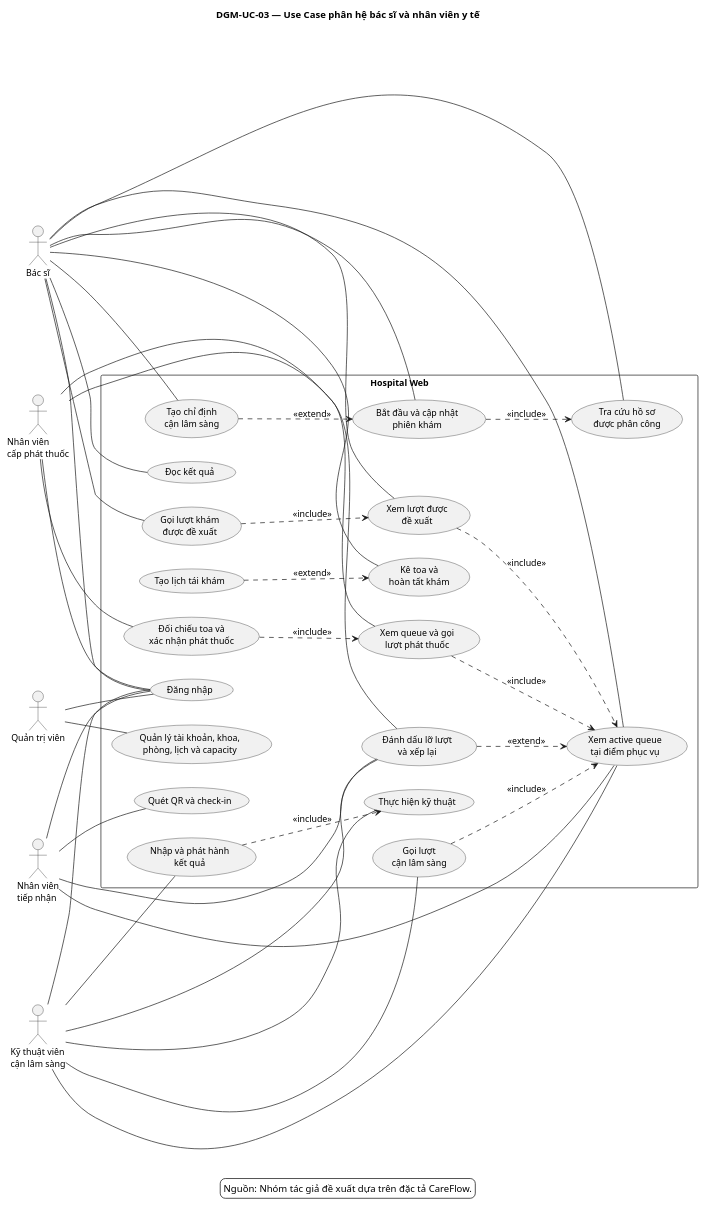
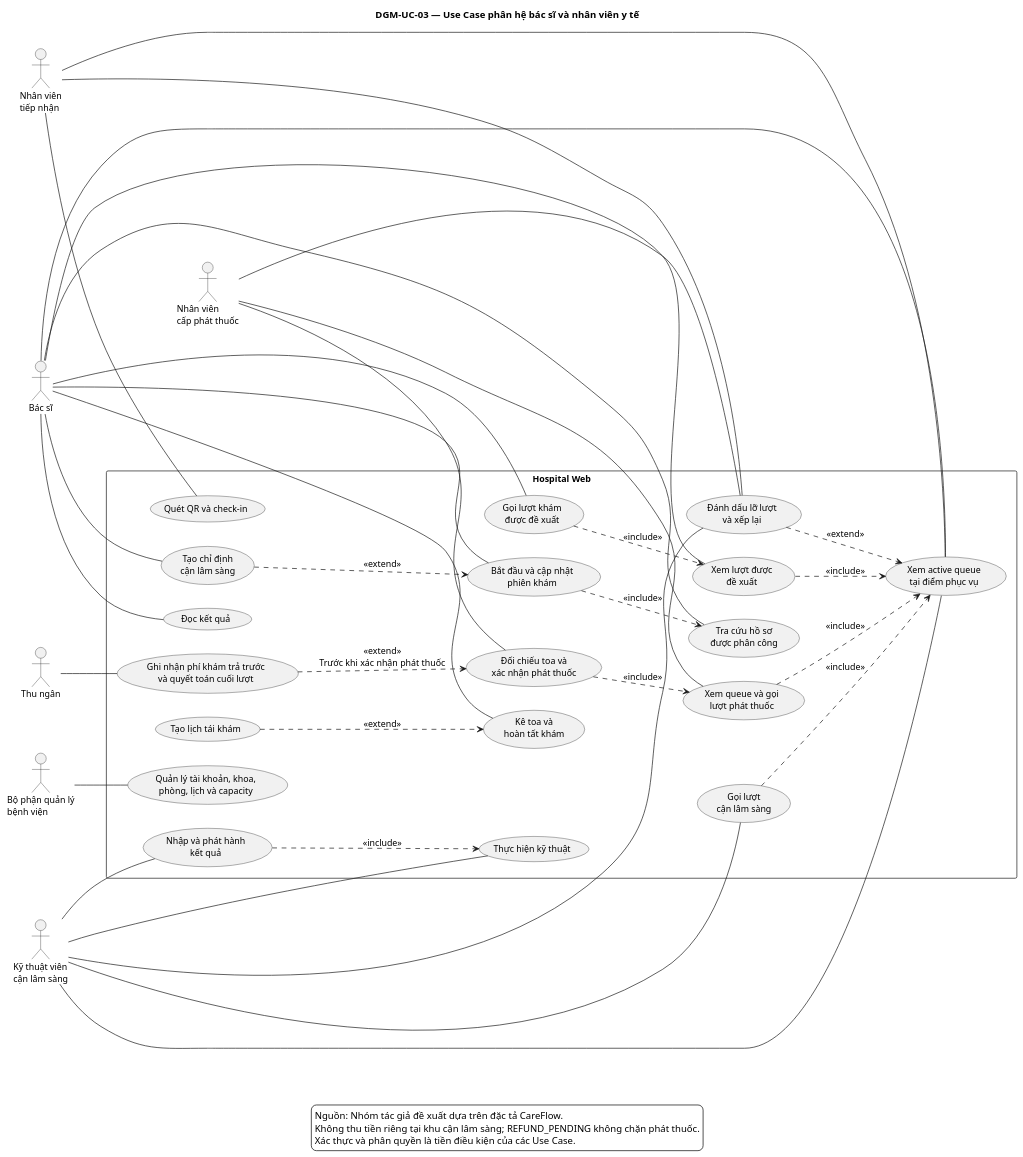
Before and after one commit to ntkhai268/careflow: the diagram in docs/report/chapter-03/diagrams/use-case/dgm-uc-03-hospital.puml, drawn with PlantUML. The commit also changed 26 other files, not shown here.

Commit message:
docs: align report with self-pay settlement flow

```diff
--- a/docs/report/chapter-03/diagrams/use-case/dgm-uc-03-hospital.puml
+++ b/docs/report/chapter-03/diagrams/use-case/dgm-uc-03-hospital.puml
@@ -1,81 +1,82 @@
 @startuml
 title DGM-UC-03 — Use Case phân hệ bác sĩ và nhân viên y tế
 
 left to right direction
 skinparam backgroundColor white
 skinparam shadowing false
 skinparam defaultFontName Arial
 skinparam defaultFontSize 13
 
 actor "Bác sĩ" as Doctor
 actor "Nhân viên\ntiếp nhận" as Reception
 actor "Kỹ thuật viên\ncận lâm sàng" as LabTech
 actor "Nhân viên\ncấp phát thuốc" as PharmacyStaff
-actor "Quản trị viên" as Admin
+actor "Thu ngân" as Cashier
+actor "Bộ phận quản lý\nbệnh viện" as Management
 
 rectangle "Hospital Web" {
-  usecase "Đăng nhập" as Login
   usecase "Quét QR và check-in" as CheckIn
   usecase "Xem active queue\ntại điểm phục vụ" as ViewQueue
   usecase "Xem lượt được\nđề xuất" as Suggest
   usecase "Gọi lượt khám\nđược đề xuất" as CallClinic
   usecase "Gọi lượt\ncận lâm sàng" as CallLab
   usecase "Xem queue và gọi\nlượt phát thuốc" as CallPharmacy
   usecase "Đánh dấu lỡ lượt\nvà xếp lại" as Miss
   usecase "Tra cứu hồ sơ\nđược phân công" as ViewPatient
   usecase "Bắt đầu và cập nhật\nphiên khám" as Consult
   usecase "Tạo chỉ định\ncận lâm sàng" as Order
   usecase "Thực hiện kỹ thuật" as ExecuteLab
   usecase "Nhập và phát hành\nkết quả" as FinalizeResult
   usecase "Đọc kết quả" as Review
   usecase "Kê toa và\nhoàn tất khám" as Complete
   usecase "Tạo lịch tái khám" as FollowUp
   usecase "Đối chiếu toa và\nxác nhận phát thuốc" as Dispense
+  usecase "Ghi nhận phí khám trả trước\nvà quyết toán cuối lượt" as Settlement
   usecase "Quản lý tài khoản, khoa,\nphòng, lịch và capacity" as Configure
 }
 
-Doctor -- Login
 Doctor -- ViewQueue
 Doctor -- Suggest
 Doctor -- CallClinic
 Doctor -- ViewPatient
 Doctor -- Consult
 Doctor -- Order
 Doctor -- Review
 Doctor -- Complete
 
-Reception -- Login
 Reception -- CheckIn
 Reception -- ViewQueue
 Reception -- Miss
 
-LabTech -- Login
 LabTech -- ViewQueue
 LabTech -- CallLab
 LabTech -- Miss
 LabTech -- ExecuteLab
 LabTech -- FinalizeResult
 
-PharmacyStaff -- Login
 PharmacyStaff -- CallPharmacy
 PharmacyStaff -- Miss
 PharmacyStaff -- Dispense
 
-Admin -- Login
-Admin -- Configure
+Cashier -- Settlement
+
+Management -- Configure
 
 Suggest ..> ViewQueue : <<include>>
 CallClinic ..> Suggest : <<include>>
 CallLab ..> ViewQueue : <<include>>
 CallPharmacy ..> ViewQueue : <<include>>
 Dispense ..> CallPharmacy : <<include>>
+Settlement ..> Dispense : <<extend>>\nTrước khi xác nhận phát thuốc
 Miss ..> ViewQueue : <<extend>>
 Consult ..> ViewPatient : <<include>>
 Order ..> Consult : <<extend>>
 FinalizeResult ..> ExecuteLab : <<include>>
 FollowUp ..> Complete : <<extend>>
 
 legend bottom
   Nguồn: Nhóm tác giả đề xuất dựa trên đặc tả CareFlow.
+  Không thu tiền riêng tại khu cận lâm sàng; REFUND_PENDING không chặn phát thuốc.
+  Xác thực và phân quyền là tiền điều kiện của các Use Case.
 endlegend
 @enduml
```
